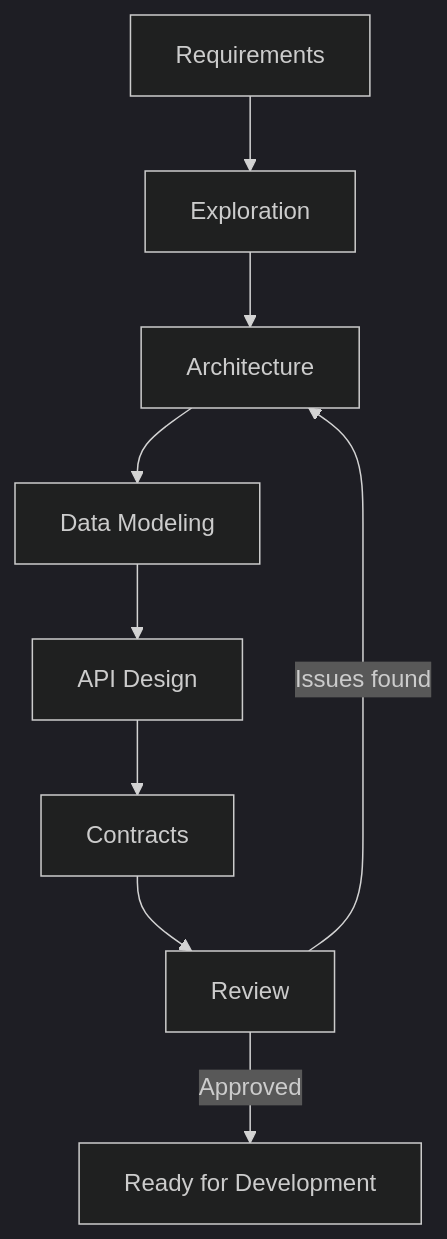
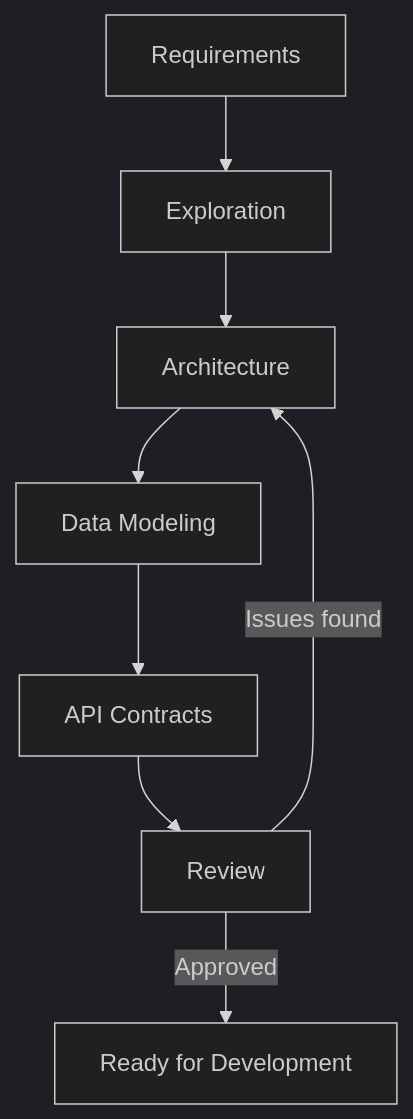
The diagram in design/README.md (edgarjs/dlp), drawn with Mermaid (dark theme) before and after one commit. The commit also changed other lines of this file and 10 other files, not shown here.

````diff
--- a/design/README.md
+++ b/design/README.md
@@ -52,11 +53,10 @@
 ```mermaid
 flowchart TD
     A[Requirements] --> B[Exploration]
     B --> C[Architecture]
     C --> D[Data Modeling]
-    D --> E[API Design]
-    E --> F[Contracts]
-    F --> G[Review]
-    G -->|Issues found| C
-    G -->|Approved| H[Ready for Development]
+    D --> E[API Contracts]
+    E --> F[Review]
+    F -->|Issues found| C
+    F -->|Approved| G[Ready for Development]
 ```
````
